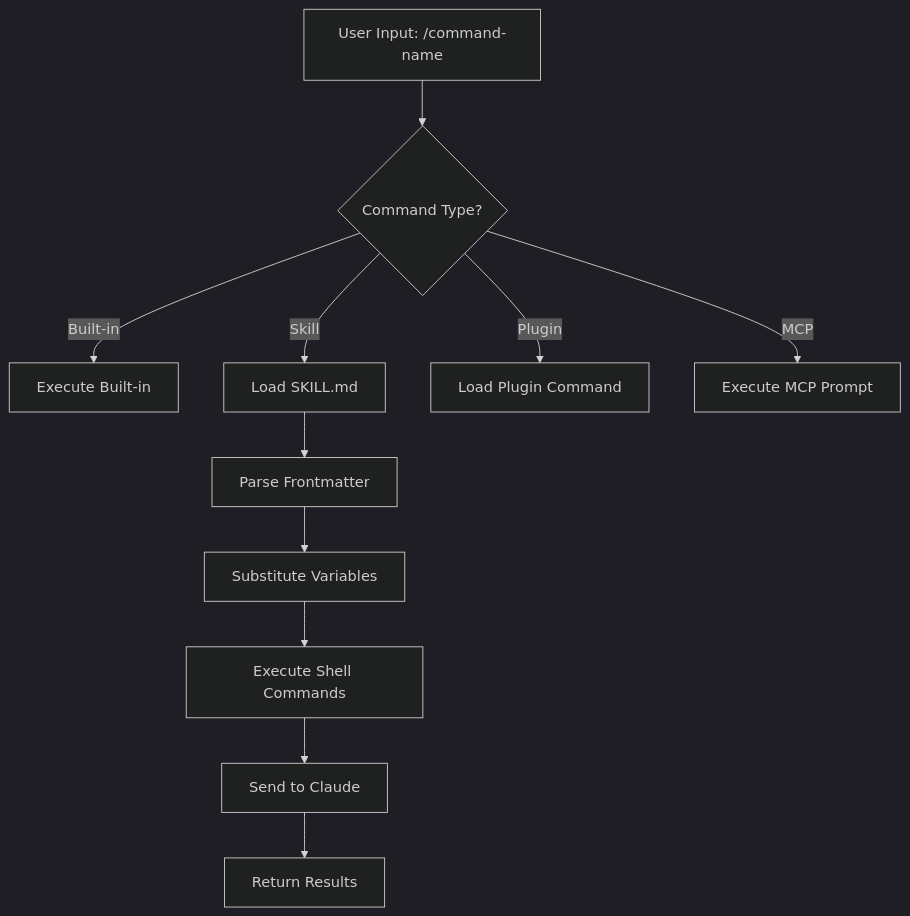
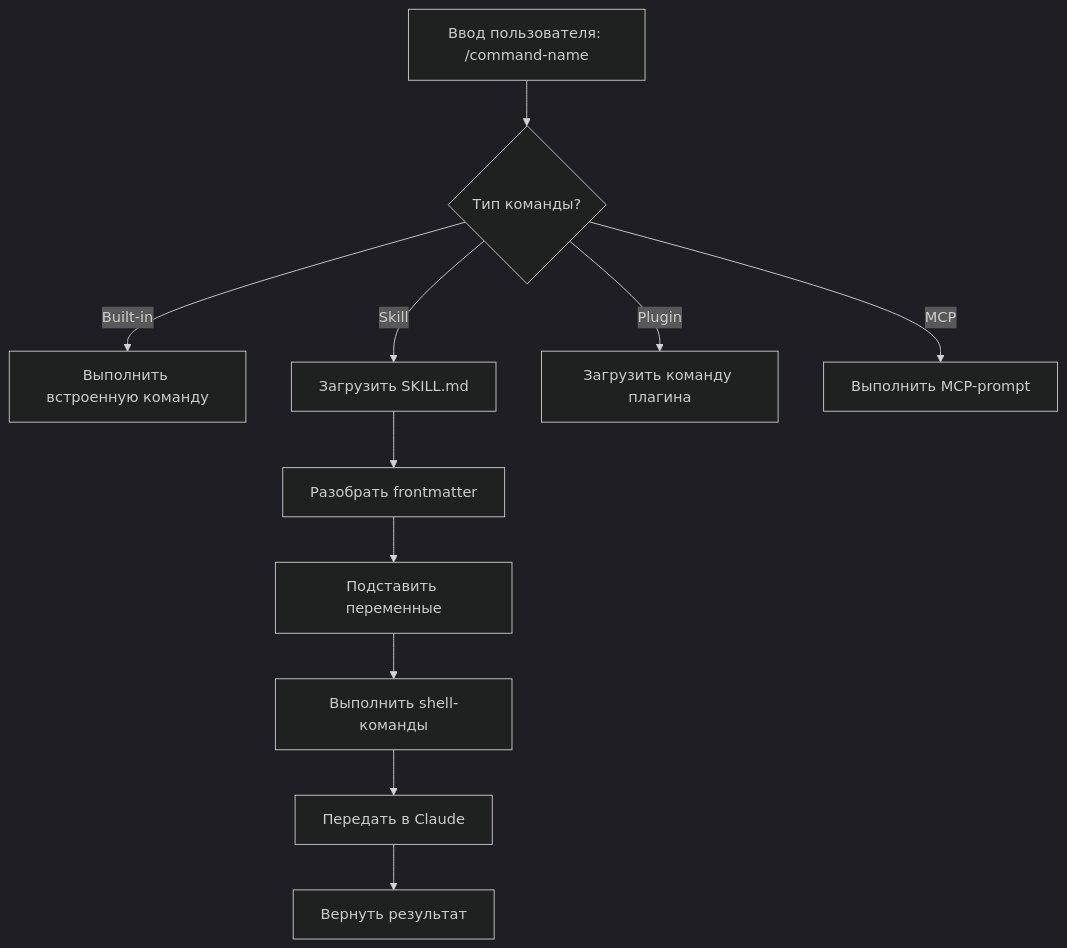
The first of 2 diagrams in 01-slash-commands/README.md (srpvpn/claude-howto-ru), drawn with Mermaid (dark theme) before and after one commit. The commit also changed other lines of this file and 7 other files, not shown here.

````diff
--- a/01-slash-commands/README.md
+++ b/01-slash-commands/README.md
@@ -298,14 +298,14 @@
 ```mermaid
 graph TD
-    A["User Input: /command-name"] --> B{"Command Type?"}
-    B -->|Built-in| C["Execute Built-in"]
-    B -->|Skill| D["Load SKILL.md"]
-    B -->|Plugin| E["Load Plugin Command"]
-    B -->|MCP| F["Execute MCP Prompt"]
+    A["Ввод пользователя: /command-name"] --> B{"Тип команды?"}
+    B -->|Built-in| C["Выполнить встроенную команду"]
+    B -->|Skill| D["Загрузить SKILL.md"]
+    B -->|Plugin| E["Загрузить команду плагина"]
+    B -->|MCP| F["Выполнить MCP-prompt"]
 
-    D --> G["Parse Frontmatter"]
-    G --> H["Substitute Variables"]
-    H --> I["Execute Shell Commands"]
-    I --> J["Send to Claude"]
-    J --> K["Return Results"]
+    D --> G["Разобрать frontmatter"]
+    G --> H["Подставить переменные"]
+    H --> I["Выполнить shell-команды"]
+    I --> J["Передать в Claude"]
+    J --> K["Вернуть результат"]
 ```
````
